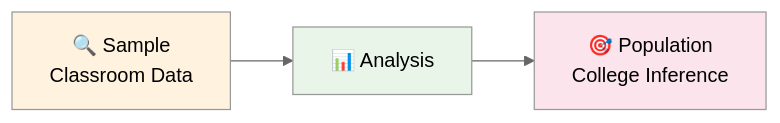
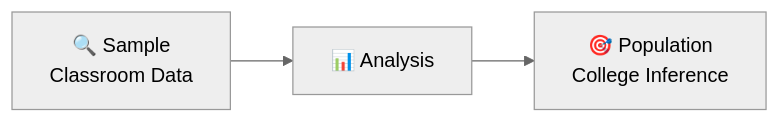
Before and after one commit to siddharthkumarrai/Statics: the first of 6 diagrams in README.md, drawn with Mermaid (neutral theme).

````diff
--- a/README.md
+++ b/README.md
@@ -41,8 +41,8 @@
 ```mermaid
 graph LR
     A[🔍 Sample<br/>Classroom Data] --> B[📊 Analysis] --> C[🎯 Population<br/>College Inference]
 
-    style A fill:#fff3e0
-    style B fill:#e8f5e8  
-    style C fill:#fce4ec
+    style A fill:#fff3e0 color:#000000
+    style B fill:#e8f5e8 color:#000000
+    style C fill:#fce4ec color:#000000
 ```
````
